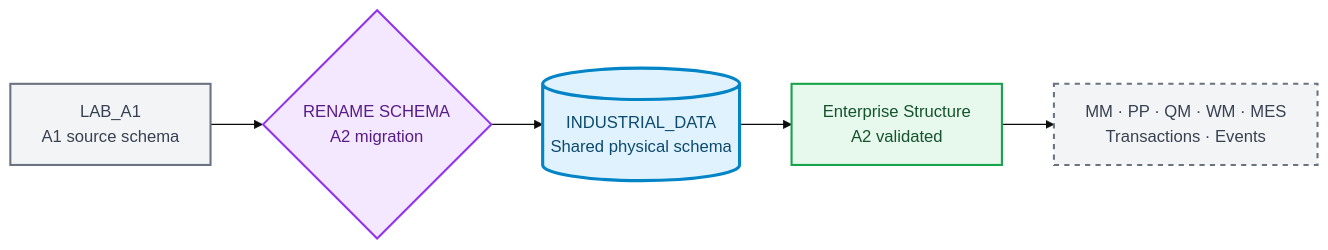
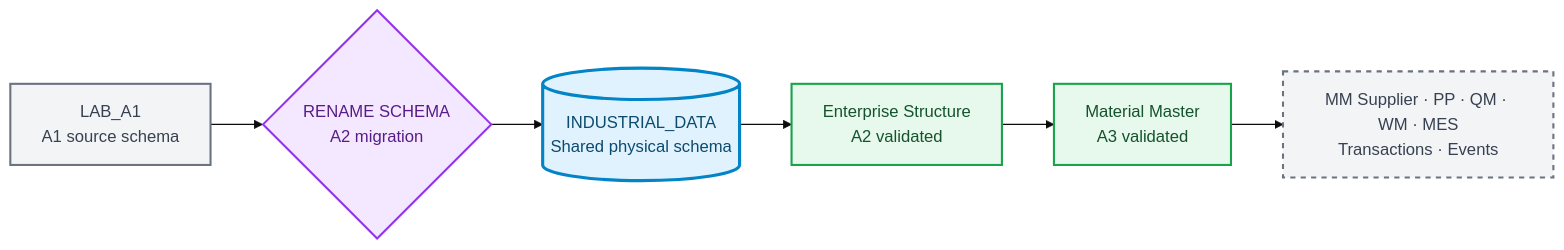
Before and after one commit to OrlandoCaetano2026/SAP_HANA_Cloud_Data_Engineering_Learning: the first of 3 diagrams in Industrial-Data-Universe/Blueprint/EN/industrial-data-universe-blueprint.en.md, drawn with Mermaid (base theme). The commit also changed other lines of this file and 31 other files, not shown here.

Commit message:
Complete A3 material master data foundation with 9 evidences and validated 6066 records

````diff
--- a/Industrial-Data-Universe/Blueprint/EN/industrial-data-universe-blueprint.en.md
+++ b/Industrial-Data-Universe/Blueprint/EN/industrial-data-universe-blueprint.en.md
@@ -25,14 +25,15 @@
 ```mermaid
 flowchart LR
     OLD["LAB_A1<br/>A1 source schema"]:::previous
     MIG{"RENAME SCHEMA<br/>A2 migration"}:::migration
     NEW[("INDUSTRIAL_DATA<br/>Shared physical schema")]:::current
     ES["Enterprise Structure<br/>A2 validated"]:::done
-    FUT["MM · PP · QM · WM · MES<br/>Transactions · Events"]:::future
-    OLD --> MIG --> NEW --> ES --> FUT
+    MM["Material Master<br/>A3 validated"]:::done
+    FUT["MM Supplier · PP · QM · WM · MES<br/>Transactions · Events"]:::future
+    OLD --> MIG --> NEW --> ES --> MM --> FUT
     classDef previous fill:#F3F4F6,stroke:#6B7280,color:#374151,stroke-width:2px;
     classDef migration fill:#F3E8FF,stroke:#9333EA,color:#581C87,stroke-width:2px;
     classDef current fill:#E0F2FE,stroke:#0284C7,color:#0C4A6E,stroke-width:3px;
     classDef done fill:#E7F8EC,stroke:#16A34A,color:#14532D,stroke-width:2px;
     classDef future fill:#F3F4F6,stroke:#6B7280,color:#374151,stroke-width:2px,stroke-dasharray:5 5;
 ```
````
